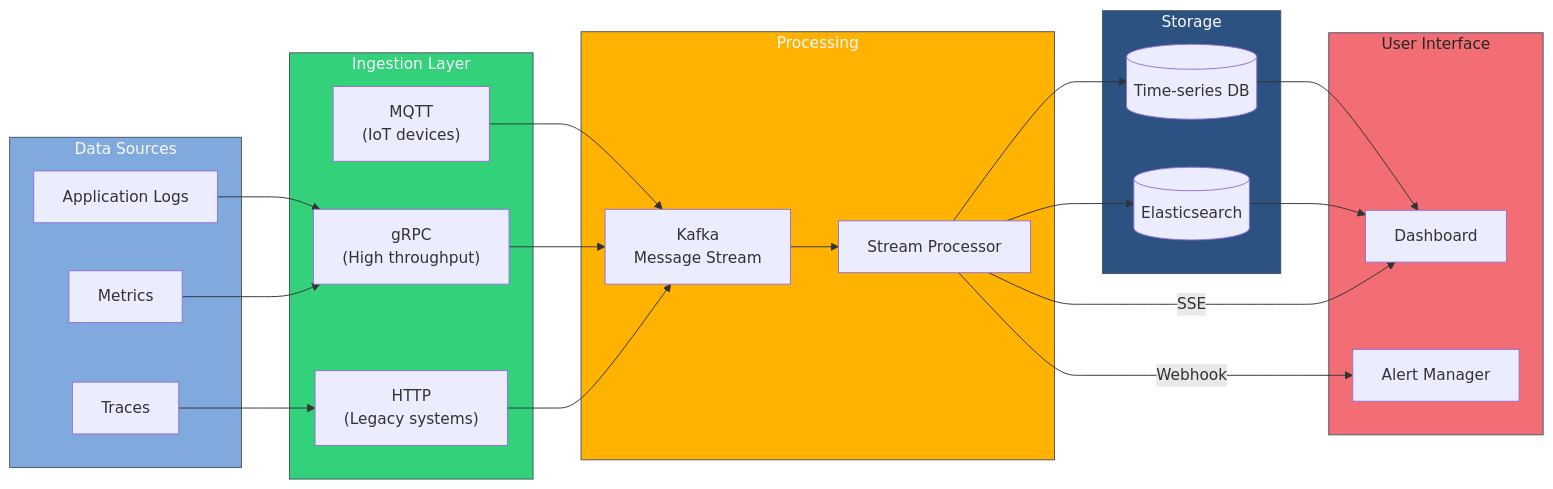
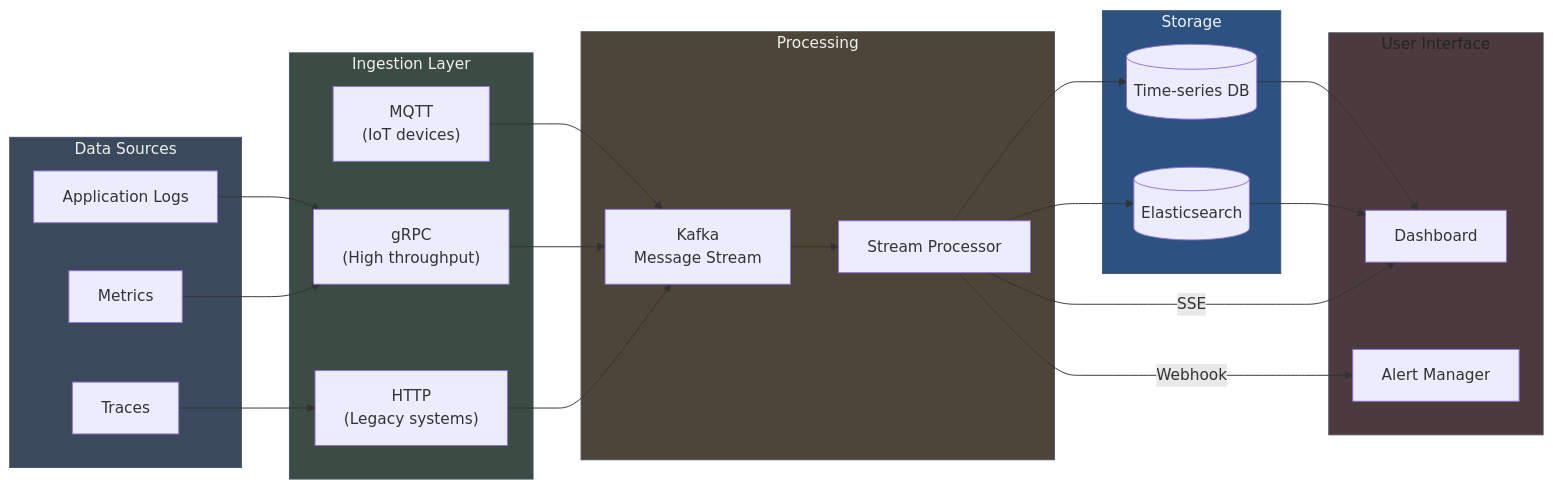
One commit to blackwell-systems/blog changed diagram 24 of 24 in content/posts/api-communication-patterns-guide.md. Above: the diagram before and after it, drawn with Mermaid. The commit also changed other lines of this file and 4 other files, not shown here.

```diff
--- a/content/posts/api-communication-patterns-guide.md
+++ b/content/posts/api-communication-patterns-guide.md
@@ -1629,52 +1629,52 @@
 {{< mermaid >}}
 flowchart LR
     subgraph sources["Data Sources"]
         app1["Application Logs"]
         app2["Metrics"]
         app3["Traces"]
     end
 
     subgraph ingestion["Ingestion Layer"]
         mqtt["MQTT<br/>(IoT devices)"]
         grpc["gRPC<br/>(High throughput)"]
         http["HTTP<br/>(Legacy systems)"]
     end
 
     subgraph processing["Processing"]
         kafka["Kafka<br/>Message Stream"]
         processor["Stream Processor"]
     end
 
     subgraph storage["Storage"]
         timeseries[("Time-series DB")]
         elasticsearch[("Elasticsearch")]
     end
 
     subgraph ui["User Interface"]
         dashboard["Dashboard"]
         alerts["Alert Manager"]
     end
 
     app1 --> grpc
     app2 --> grpc
     app3 --> http
     mqtt --> kafka
     grpc --> kafka
     http --> kafka
 
     kafka --> processor
     processor --> timeseries
     processor --> elasticsearch
 
     timeseries --> dashboard
     elasticsearch --> dashboard
 
     processor -->|SSE| dashboard
     processor -->|Webhook| alerts
 
-    style sources fill:#80AADD,stroke:#4a5568,color:#f8f8ff
-    style ingestion fill:#33D17A,stroke:#4a5568,color:#f8f8ff
-    style processing fill:#FFB300,stroke:#4a5568,color:#f8f8ff
-    style storage fill:#2c5282,stroke:#4a5568,color:#f8f8ff
-    style ui fill:#F26E74,stroke:#4a5568,color:#252627
+    style sources fill:#3A4A5C,stroke:#4a5568,color:#f0f0f0
+    style ingestion fill:#3A4C43,stroke:#4a5568,color:#f0f0f0
+    style processing fill:#4C4538,stroke:#4a5568,color:#f0f0f0
+    style storage fill:#2c5282,stroke:#4a5568,color:#f0f0f0
+    style ui fill:#4C3A3C,stroke:#4a5568,color:#252627
 {{< /mermaid >}}
```
